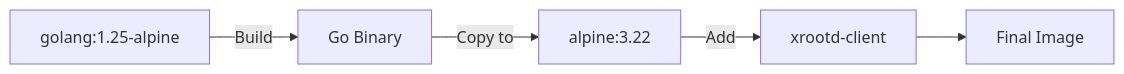
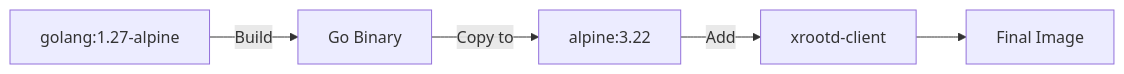
Before and after one commit to AnarManafov/dataharbor: the diagram in docker/backend/README.md, drawn with Mermaid. The commit also changed other lines of this file and 29 other files, not shown here.

````diff
--- a/docker/backend/README.md
+++ b/docker/backend/README.md
@@ -15,7 +15,7 @@
 ```mermaid
 graph LR
-    A[golang:1.25-alpine] -->|Build| B[Go Binary]
+    A[golang:1.27-alpine] -->|Build| B[Go Binary]
     B -->|Copy to| C[alpine:3.22]
     C -->|Add| D[xrootd-client]
     D --> E[Final Image]
 ```
````
